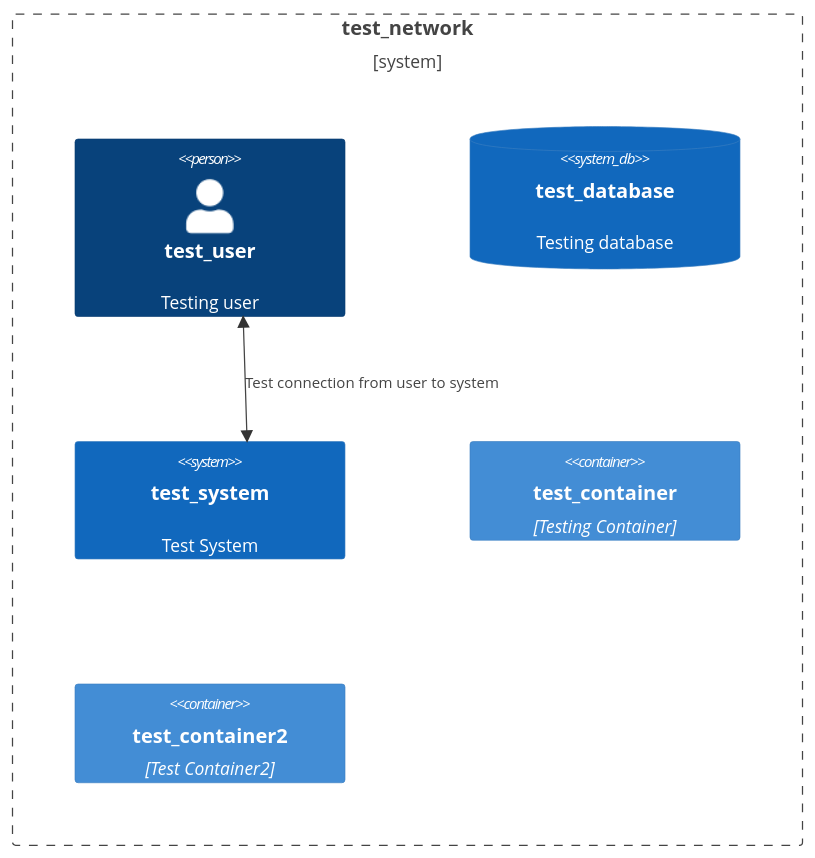
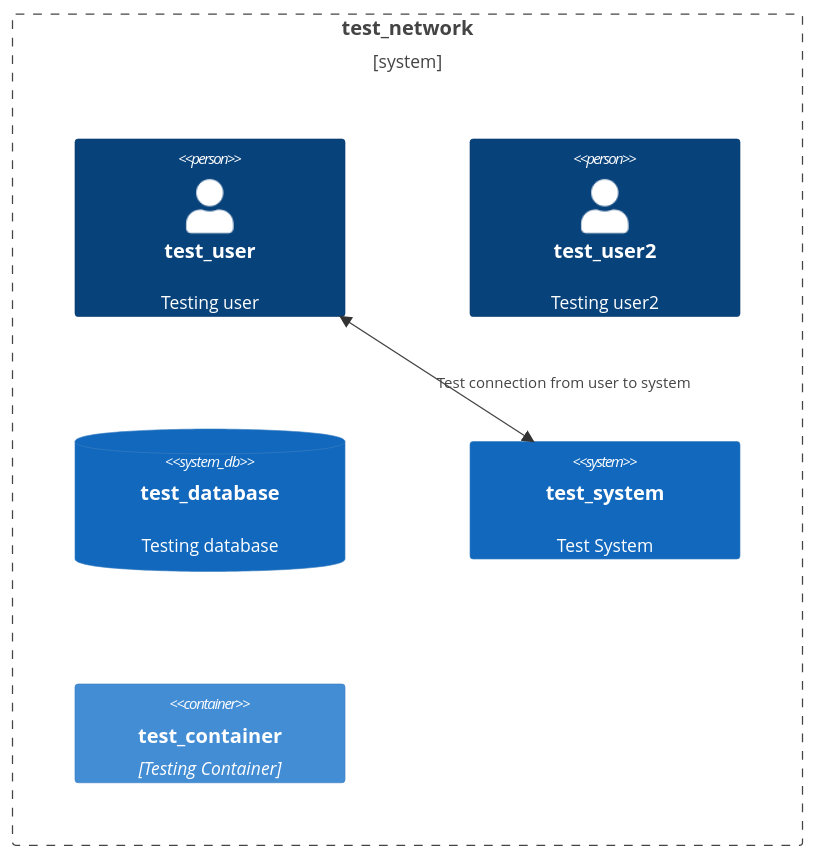
Before and after one commit to tjtharrison/pytmac: the diagram in tests/reports/report-2023-02-14.md, drawn with Mermaid. The commit also changed other lines of this file and 9 other files, not shown here.

````diff
--- a/tests/reports/report-2023-02-14.md
+++ b/tests/reports/report-2023-02-14.md
@@ -5,13 +5,13 @@
 ```mermaid
 C4Context
 	Boundary(btest_network, "test_network") {
 		Person(test_user, "test_user", "Testing user")
+		Person(test_user2, "test_user2", "Testing user2")
 		SystemDb(test_database,"test_database ", "Testing database")
 		System(test_system,"test_system ", "Test System")
 		Container(test_container,"test_container ", "Testing Container")
-		Container(test_container2,"test_container2 ", "Test Container2")
 	}
 	BiRel(test_user,test_system, "Test connection from user to system")
 
 UpdateLayoutConfig($c4ShapeInRow="2", $c4BoundaryInRow="3")
 ```
````
